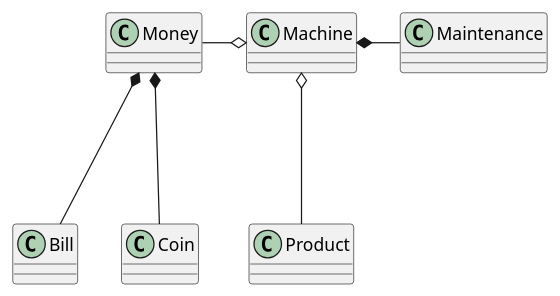
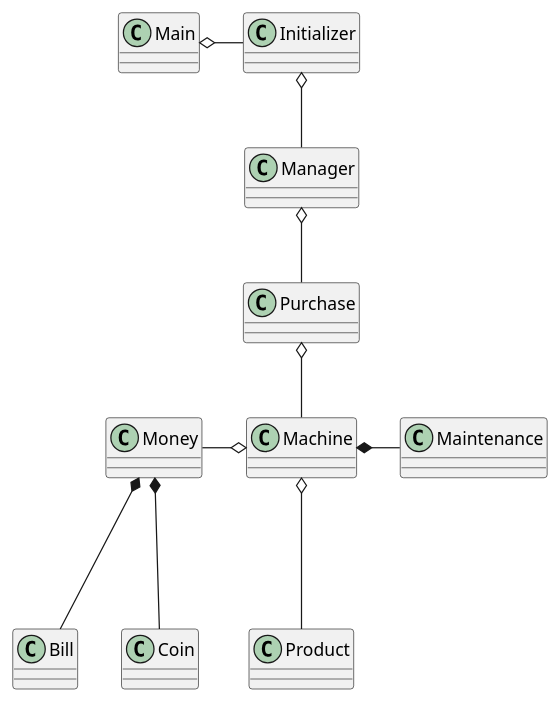
Before and after one commit to mmasias/IdSw2-22-23: the diagram in Grupo2/domain-model/domain.plantuml, drawn with PlantUML. The commit also changed 45 other files, not shown here.

```diff
--- a/Grupo2/domain-model/domain.plantuml
+++ b/Grupo2/domain-model/domain.plantuml
@@ -1,16 +1,25 @@
 @startuml modelo-de-dominio
 class Machine
 class Bill
 class Coin
 class Product
 class Money
 class Maintenance
+class Manager
+class Initializer
+class Purchase
+class Main
+
+Main o- Initializer
+Initializer o-- Manager
+Manager o-- Purchase
+Purchase o--d Machine
 
 Machine *--r Maintenance
 Machine o--l Money
 Machine o--- Product
 
 Money *--- Bill
 Money *--- Coin
 
 @enduml
```
